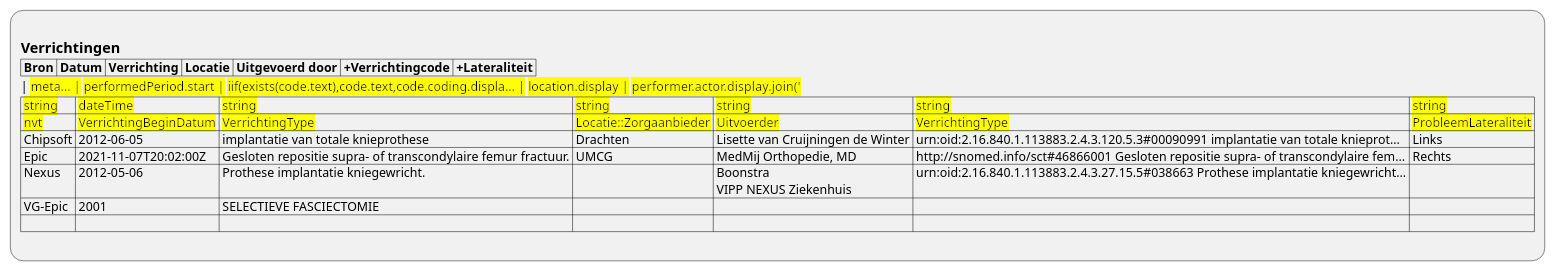
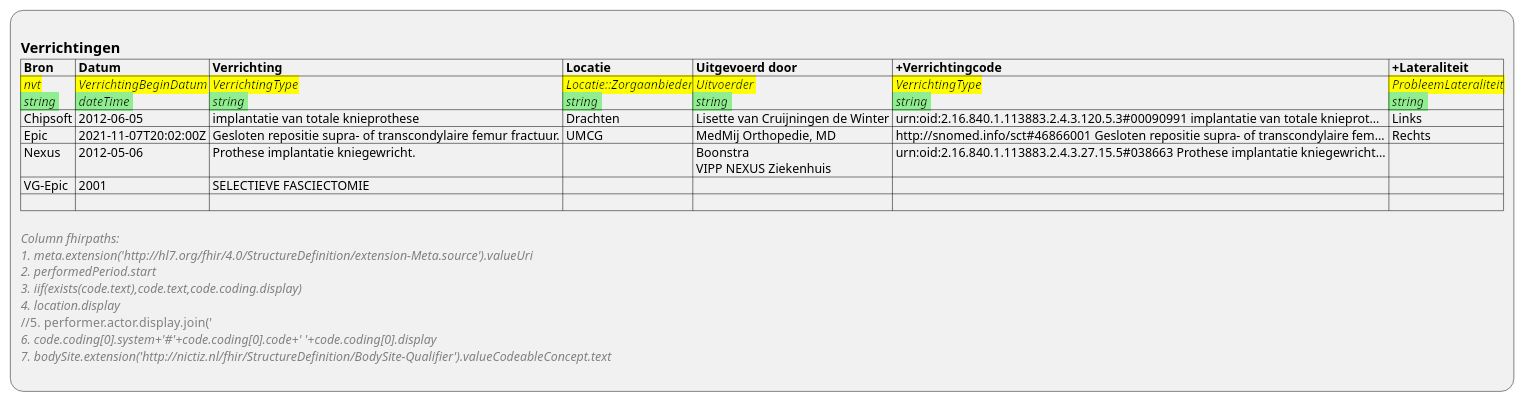
One commit to RIVO-Noord/zorgviewer-ig changed the diagram in input/images-source/ViewDefinition-Procedure.plantuml. Above: the diagram before and after it, drawn with PlantUML. The commit also changed 11 other files, not shown here.

```diff
--- a/input/images-source/ViewDefinition-Procedure.plantuml
+++ b/input/images-source/ViewDefinition-Procedure.plantuml
@@ -1,15 +1,22 @@
 @startuml ViewDefinition-Procedure
 :
 == Verrichtingen
 |= Bron |= Datum |= Verrichting |= Locatie |= Uitgevoerd door |= +Verrichtingcode |= +Lateraliteit |
-|<back:yellow> meta... |<back:yellow> performedPeriod.start |<back:yellow> iif(exists(code.text),code.text,code.coding.displa... |<back:yellow> location.display |<back:yellow> performer.actor.display.join('
-') |<back:yellow> code.coding[0].system+'#'+code.coding[0].code+' '+... |<back:yellow> bodySite.extension('http://nictiz.nl/fhir/Structur... |
-|<back:yellow> string |<back:yellow> dateTime |<back:yellow> string |<back:yellow> string |<back:yellow> string |<back:yellow> string |<back:yellow> string |
-|<back:yellow> nvt |<back:yellow> VerrichtingBeginDatum |<back:yellow> VerrichtingType |<back:yellow> Locatie::Zorgaanbieder |<back:yellow> Uitvoerder |<back:yellow> VerrichtingType |<back:yellow> ProbleemLateraliteit |
+|<back:yellow> //nvt//\n<back:lightgreen> //string// |<back:yellow> //VerrichtingBeginDatum//\n<back:lightgreen> //dateTime// |<back:yellow> //VerrichtingType//\n<back:lightgreen> //string// |<back:yellow> //Locatie::Zorgaanbieder//\n<back:lightgreen> //string// |<back:yellow> //Uitvoerder//\n<back:lightgreen> //string// |<back:yellow> //VerrichtingType//\n<back:lightgreen> //string// |<back:yellow> //ProbleemLateraliteit//\n<back:lightgreen> //string// |
 | Chipsoft | 2012-06-05 | implantatie van totale knieprothese | Drachten | Lisette van Cruijningen de Winter | urn:oid:2.16.840.1.113883.2.4.3.120.5.3#00090991 implantatie van totale knieprot... | Links |
 | Epic | 2021-11-07T20:02:00Z | Gesloten repositie supra- of transcondylaire femur fractuur. | UMCG | MedMij Orthopedie, MD | http://snomed.info/sct#46866001 Gesloten repositie supra- of transcondylaire fem... | Rechts |
 | Nexus | 2012-05-06 | Prothese implantatie kniegewricht. |  | Boonstra\n VIPP NEXUS Ziekenhuis | urn:oid:2.16.840.1.113883.2.4.3.27.15.5#038663 Prothese implantatie kniegewricht... |  |
 | VG-Epic | 2001 | SELECTIEVE FASCIECTOMIE |  |  |  |  |
 | |
+
+<color:gray>//Column fhirpaths://
+<color:gray>//1. meta.extension('http:~//hl7.org/fhir/4.0/StructureDefinition/extension-Meta.source').valueUri//
+<color:gray>//2. performedPeriod.start//
+<color:gray>//3. iif(exists(code.text),code.text,code.coding.display)//
+<color:gray>//4. location.display//
+<color:gray>//5. performer.actor.display.join('
+')//
+<color:gray>//6. code.coding[0].system+'#'+code.coding[0].code+' '+code.coding[0].display//
+<color:gray>//7. bodySite.extension('http:~//nictiz.nl/fhir/StructureDefinition/BodySite-Qualifier').valueCodeableConcept.text//
 ;
 @enduml
```
